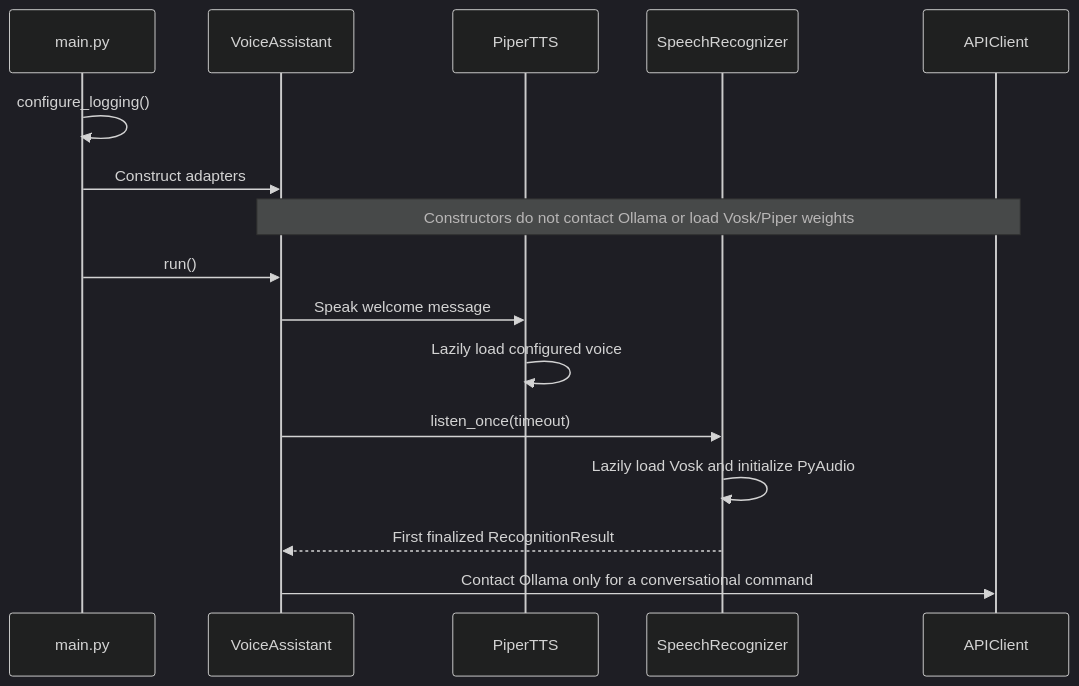
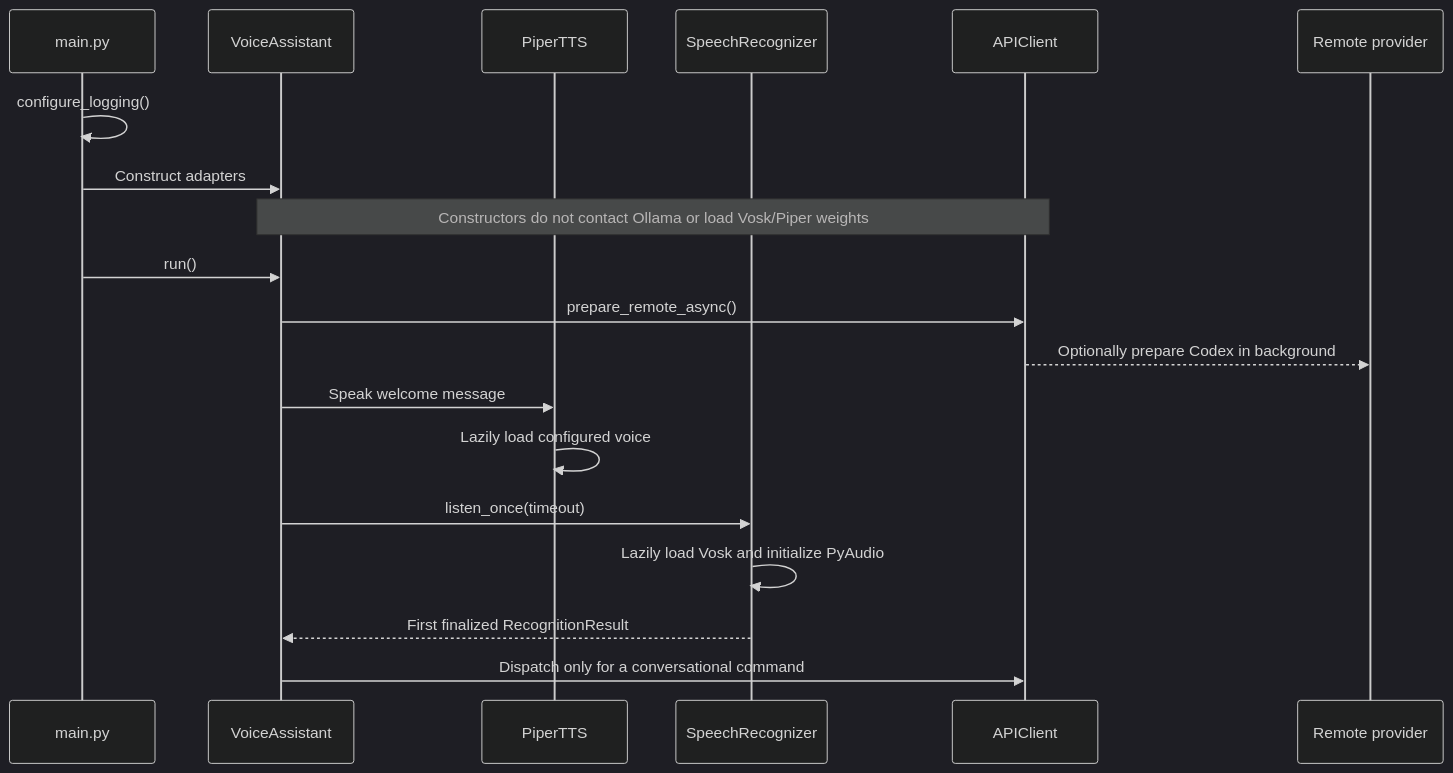
Before and after one commit to UbiquitousDynamics/helios-ai-jetson-framework: the fourth of 6 diagrams in README.md, drawn with Mermaid (dark theme). The commit also changed other lines of this file and 15 other files, not shown here.

````diff
--- a/README.md
+++ b/README.md
@@ -245,19 +429,22 @@
 ```mermaid
 sequenceDiagram
     participant Main as main.py
     participant VA as VoiceAssistant
     participant P as PiperTTS
     participant V as SpeechRecognizer
-    participant O as APIClient
+    participant A as APIClient
+    participant R as Remote provider
 
     Main->>Main: configure_logging()
     Main->>VA: Construct adapters
-    Note over VA,O: Constructors do not contact Ollama or load Vosk/Piper weights
+    Note over VA,A: Constructors do not contact Ollama or load Vosk/Piper weights
     Main->>VA: run()
+    VA->>A: prepare_remote_async()
+    A-->>R: Optionally prepare Codex in background
     VA->>P: Speak welcome message
     P->>P: Lazily load configured voice
     VA->>V: listen_once(timeout)
     V->>V: Lazily load Vosk and initialize PyAudio
     V-->>VA: First finalized RecognitionResult
-    VA->>O: Contact Ollama only for a conversational command
+    VA->>A: Dispatch only for a conversational command
 ```
````
